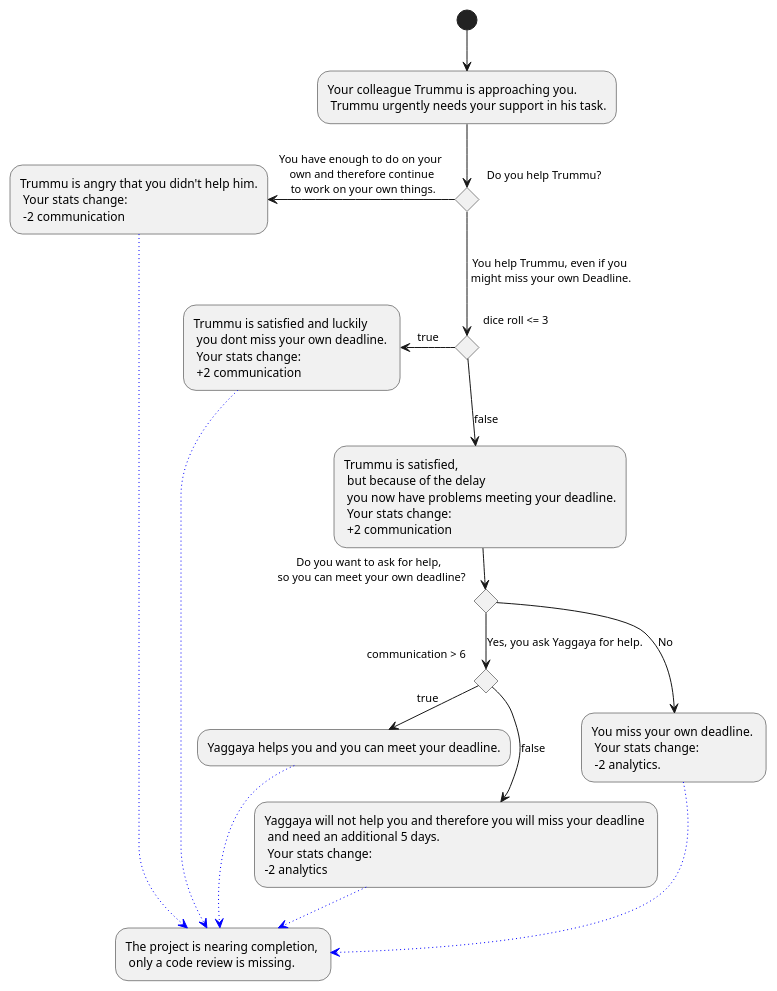
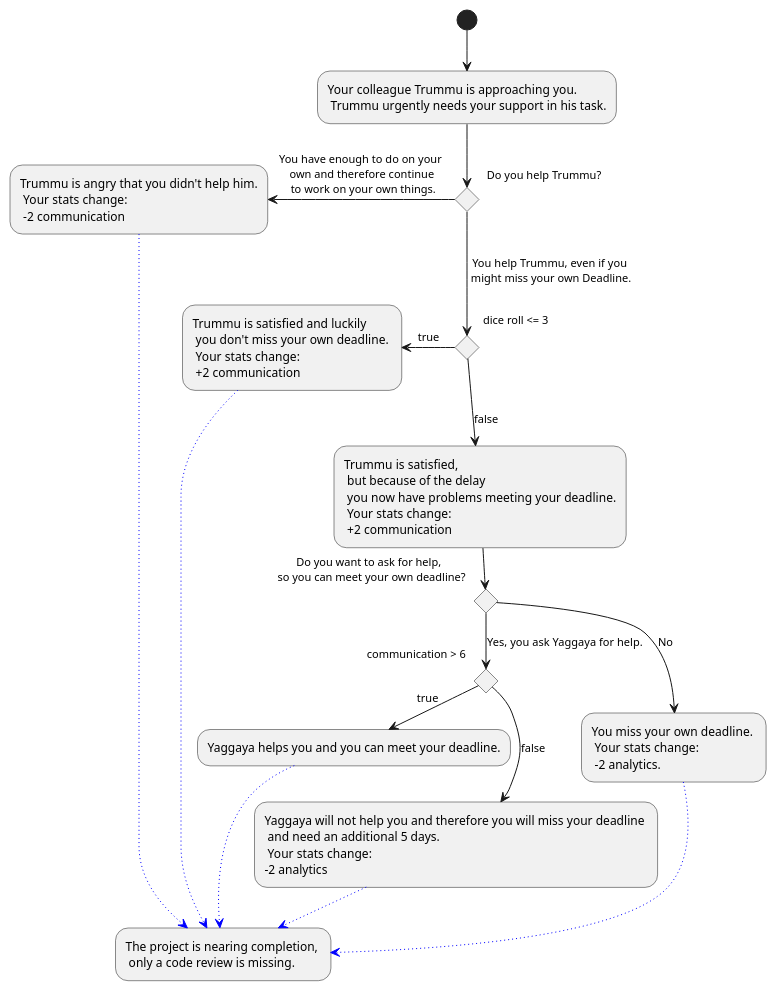
One commit to Brotenko/QualityQuest changed the diagram in Docs/Technical Specifications/docs/diagrams/StoryFlow/StoryFlow_Decision_13.puml. Above: the diagram before and after it, drawn with PlantUML.

Commit message:
Update Docs/Technical Specifications/docs/diagrams/StoryFlow/StoryFlow_Decision_13.puml

```diff
--- a/Docs/Technical Specifications/docs/diagrams/StoryFlow/StoryFlow_Decision_13.puml
+++ b/Docs/Technical Specifications/docs/diagrams/StoryFlow/StoryFlow_Decision_13.puml
@@ -1,28 +1,28 @@
 @startuml
 (*) --> "Your colleague Trummu is approaching you.\n Trummu urgently needs your support in his task."
 if "Do you help Trummu?" then 
 --> [You help Trummu, even if you\n might miss your own Deadline.] if "dice roll <= 3" then
--left-> [true] "Trummu is satisfied and luckily \n you dont miss your own deadline. \n Your stats change: \n +2 communication" as helpNoProblem
+-left-> [true] "Trummu is satisfied and luckily \n you don't miss your own deadline. \n Your stats change: \n +2 communication" as helpNoProblem
 else
 --> [false] "Trummu is satisfied, \n but because of the delay \n you now have problems meeting your deadline.\n Your stats change: \n +2 communication"
 if "Do you want to ask for help, \n so you can meet your own deadline?" then 
 --> [No] "You miss your own deadline. \n Your stats change: \n -2 analytics." as alone
 
 else 
 --> [Yes, you ask Yaggaya for help.]if "communication > 6" then 
 -right-> [true] "Yaggaya helps you and you can meet your deadline." as getHelp
 
 else
 --> [false] "Yaggaya will not help you and therefore you will miss your deadline \n and need an additional 5 days. \n Your stats change: \n-2 analytics"
 -[#blue,dotted]-> "The project is nearing completion, \n only a code review is missing." as nextDecision
 endif
 endif
 endif
 else
 -left-> [You have enough to do on your \n own and therefore continue \n to work on your own things.] "Trummu is angry that you didn't help him.\n Your stats change: \n -2 communication" as noHelp
 
 alone -[#blue,dotted]-> nextDecision
 helpNoProblem -[#blue,dotted]-> nextDecision
 getHelp -[#blue,dotted]-> nextDecision
 noHelp -[#blue,dotted]-> nextDecision
 @enduml
```
